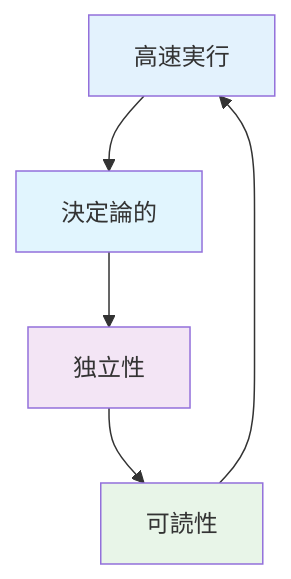
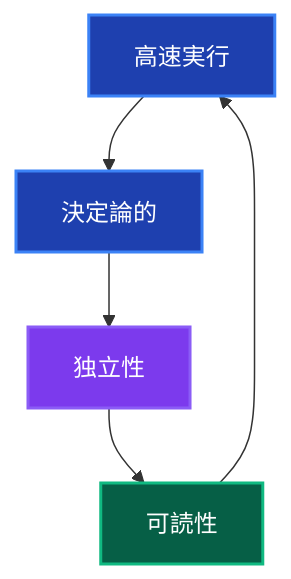
Before and after one commit to derushio/d-next-ddd-example: the diagram in _DOCS/guides/testing-with-clean-architecture.md, drawn with Mermaid. The commit also changed 31 other files, not shown here.

Commit message:
🎨: DOCSのMermaid図表カラーテーマを暗色に統一し視認性を向上

````diff
--- a/_DOCS/guides/testing-with-clean-architecture.md
+++ b/_DOCS/guides/testing-with-clean-architecture.md
@@ -19,12 +19,12 @@
 ```mermaid
 graph TD
     A[高速実行] --> B[決定論的]
     B --> C[独立性]
     C --> D[可読性]
     D --> A
     
-    style A fill:#e3f2fd
-    style B fill:#e1f5fe
-    style C fill:#f3e5f5
-    style D fill:#e8f5e8
+    style A fill:#1e40af,stroke:#3b82f6,stroke-width:2px,color:#ffffff
+    style B fill:#1e40af,stroke:#3b82f6,stroke-width:2px,color:#ffffff
+    style C fill:#7c3aed,stroke:#8b5cf6,stroke-width:2px,color:#ffffff
+    style D fill:#065f46,stroke:#10b981,stroke-width:2px,color:#ffffff
 ```
````
